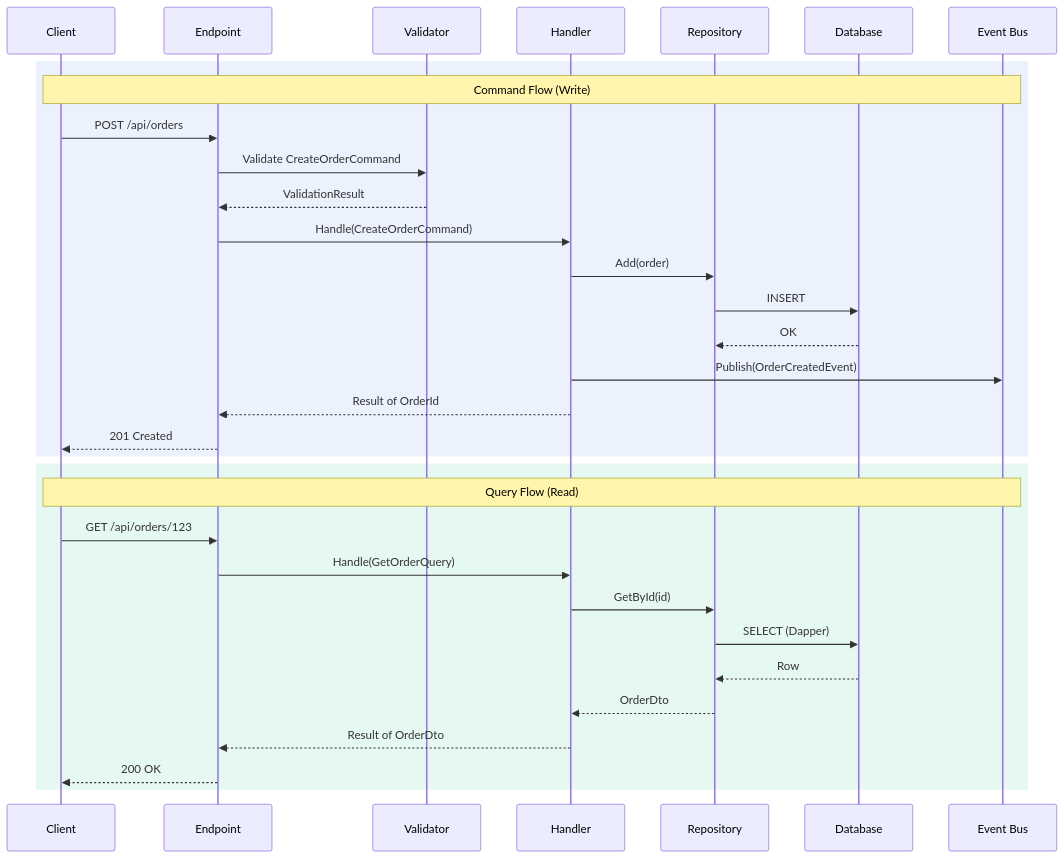
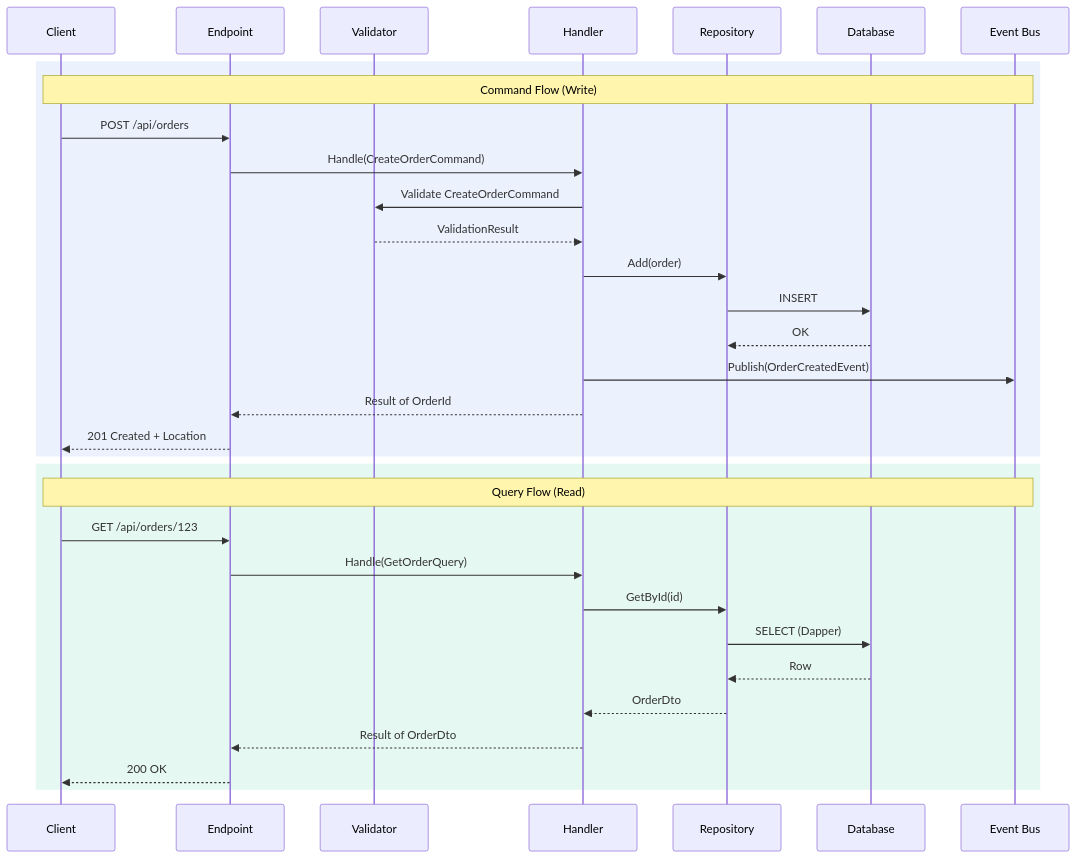
One commit to makigjuro/cloudstack-ai-plugins changed the fourth of 7 diagrams in docs/architecture.md. Above: the diagram before and after it, drawn with Mermaid. The commit also changed other lines of this file and 46 other files, not shown here.

````diff
--- a/docs/architecture.md
+++ b/docs/architecture.md
@@ -169,36 +170,36 @@
 ```mermaid
 sequenceDiagram
     participant Client
     participant Endpoint
     participant Validator
     participant Handler
     participant Repository
     participant DB as Database
     participant Events as Event Bus
 
     rect rgb(59, 130, 246, 0.1)
     Note over Client,Events: Command Flow (Write)
     Client->>Endpoint: POST /api/orders
-    Endpoint->>Validator: Validate CreateOrderCommand
-    Validator-->>Endpoint: ValidationResult
     Endpoint->>Handler: Handle(CreateOrderCommand)
+    Handler->>Validator: Validate CreateOrderCommand
+    Validator-->>Handler: ValidationResult
     Handler->>Repository: Add(order)
     Repository->>DB: INSERT
     DB-->>Repository: OK
     Handler->>Events: Publish(OrderCreatedEvent)
     Handler-->>Endpoint: Result of OrderId
-    Endpoint-->>Client: 201 Created
+    Endpoint-->>Client: 201 Created + Location
     end
 
     rect rgb(16, 185, 129, 0.1)
     Note over Client,Events: Query Flow (Read)
     Client->>Endpoint: GET /api/orders/123
     Endpoint->>Handler: Handle(GetOrderQuery)
     Handler->>Repository: GetById(id)
     Repository->>DB: SELECT (Dapper)
     DB-->>Repository: Row
     Repository-->>Handler: OrderDto
     Handler-->>Endpoint: Result of OrderDto
     Endpoint-->>Client: 200 OK
     end
 ```
````
